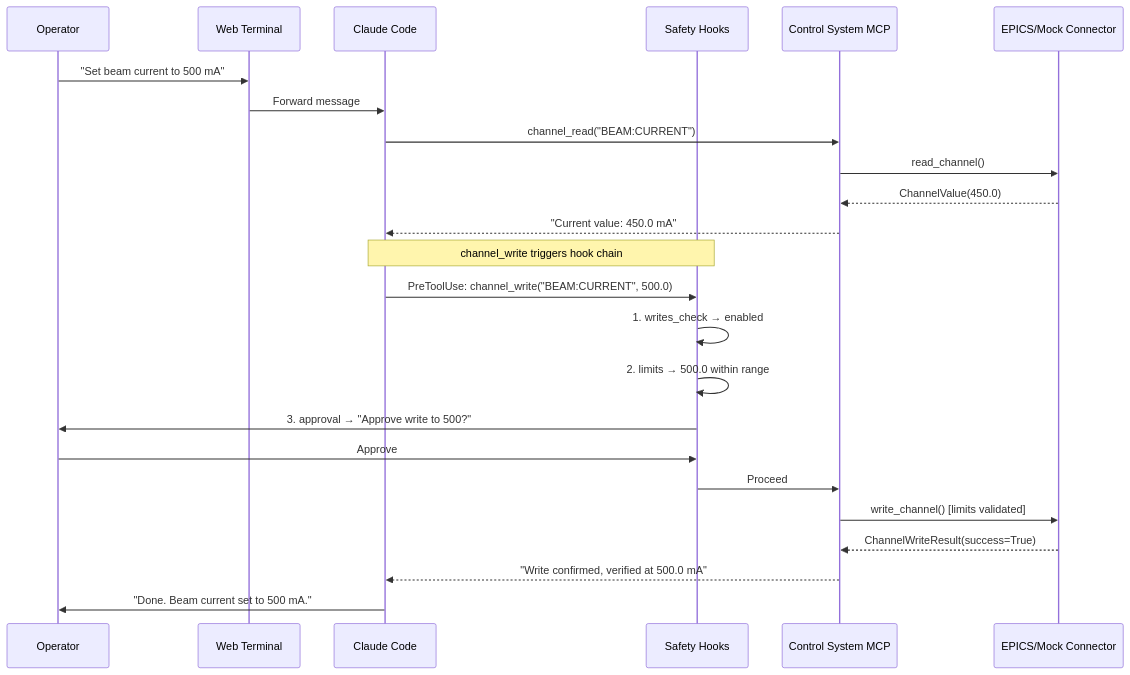
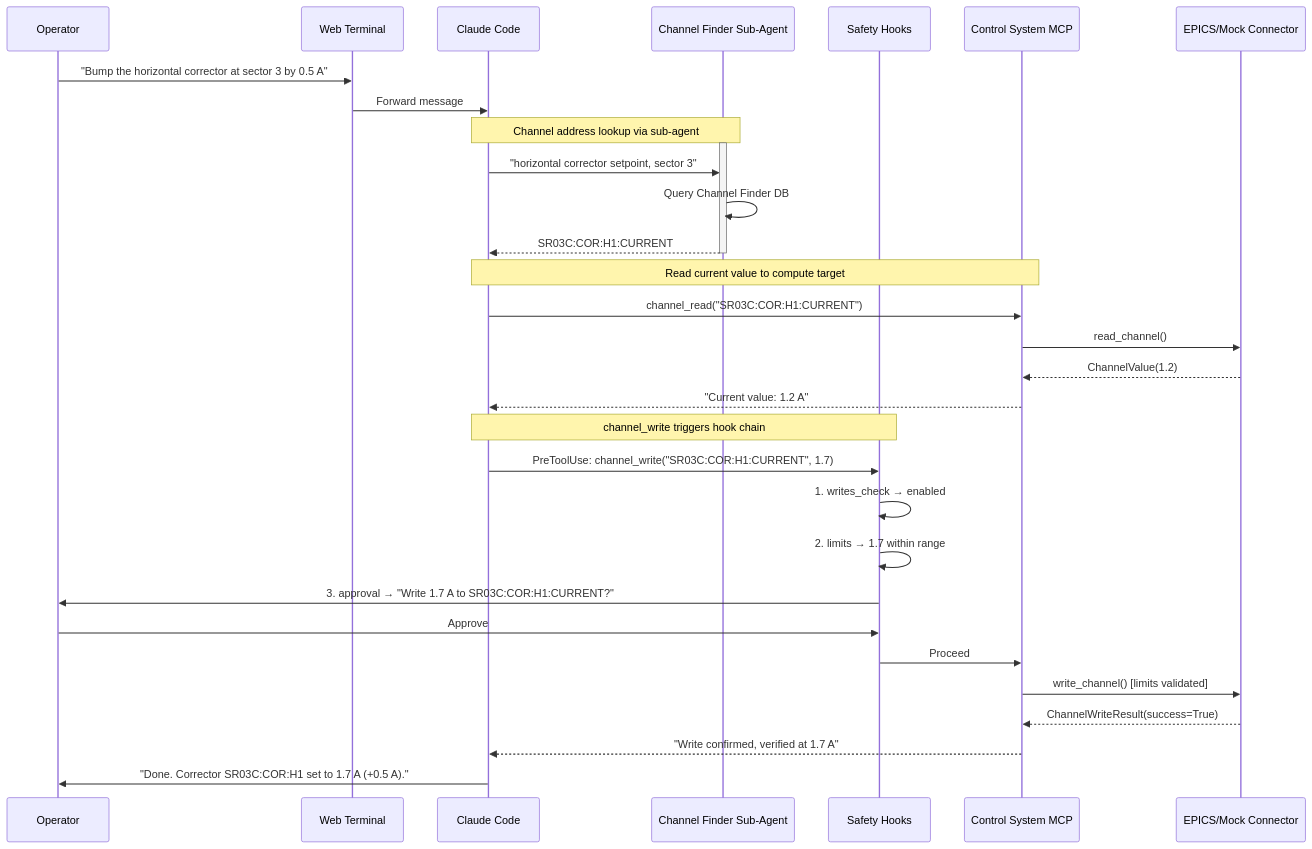
The third of 3 diagrams in docs/source/architecture/index.rst (als-apg/osprey), drawn with Mermaid before and after one commit. The commit also changed other lines of this file, not shown here.

First line of the commit message:
docs(architecture): revise data flow diagram and remove non-architectural sections

```diff
--- a/docs/source/architecture/index.rst
+++ b/docs/source/architecture/index.rst
@@ -126,28 +63,38 @@
 .. mermaid::
 
    sequenceDiagram
        participant Op as Operator
        participant WT as Web Terminal
        participant CC as Claude Code
+       participant CF as Channel Finder Sub-Agent
        participant H as Safety Hooks
        participant CS as Control System MCP
        participant Conn as EPICS/Mock Connector
 
-       Op->>WT: "Set beam current to 500 mA"
+       Op->>WT: "Bump the horizontal corrector at sector 3 by 0.5 A"
        WT->>CC: Forward message
-       CC->>CS: channel_read("BEAM:CURRENT")
+
+       Note over CC,CF: Channel address lookup via sub-agent
+       activate CF
+       CC->>CF: "horizontal corrector setpoint, sector 3"
+       CF->>CF: Query Channel Finder DB
+       CF-->>CC: SR03C:COR:H1:CURRENT
+       deactivate CF
+
+       Note over CC,CS: Read current value to compute target
+       CC->>CS: channel_read("SR03C:COR:H1:CURRENT")
        CS->>Conn: read_channel()
-       Conn-->>CS: ChannelValue(450.0)
-       CS-->>CC: "Current value: 450.0 mA"
+       Conn-->>CS: ChannelValue(1.2)
+       CS-->>CC: "Current value: 1.2 A"
 
        Note over CC,H: channel_write triggers hook chain
-       CC->>H: PreToolUse: channel_write("BEAM:CURRENT", 500.0)
+       CC->>H: PreToolUse: channel_write("SR03C:COR:H1:CURRENT", 1.7)
        H->>H: 1. writes_check → enabled
-       H->>H: 2. limits → 500.0 within range
-       H->>Op: 3. approval → "Approve write to 500?"
+       H->>H: 2. limits → 1.7 within range
+       H->>Op: 3. approval → "Write 1.7 A to SR03C:COR:H1:CURRENT?"
        Op->>H: Approve
        H->>CS: Proceed
        CS->>Conn: write_channel() [limits validated]
        Conn-->>CS: ChannelWriteResult(success=True)
-       CS-->>CC: "Write confirmed, verified at 500.0 mA"
-       CC->>Op: "Done. Beam current set to 500 mA."
+       CS-->>CC: "Write confirmed, verified at 1.7 A"
+       CC->>Op: "Done. Corrector SR03C:COR:H1 set to 1.7 A (+0.5 A)."
```
